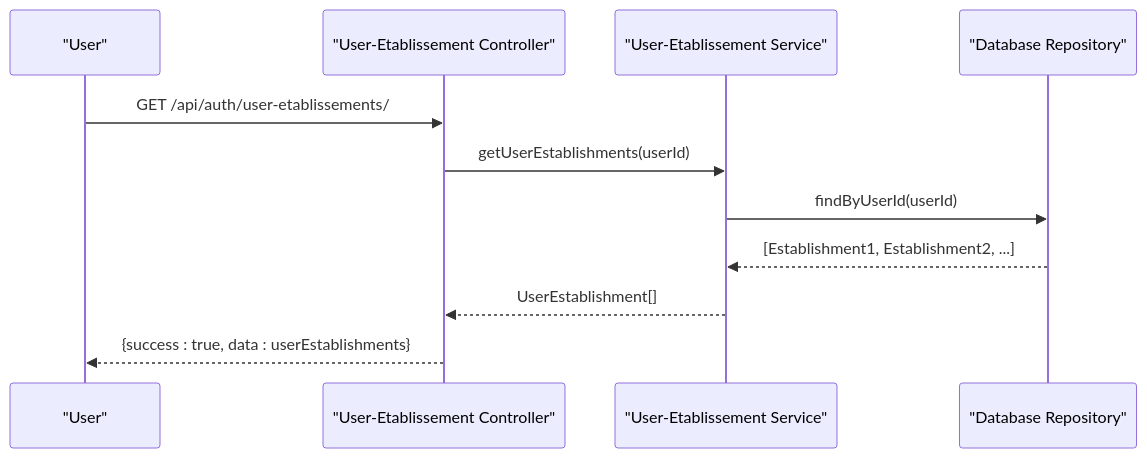
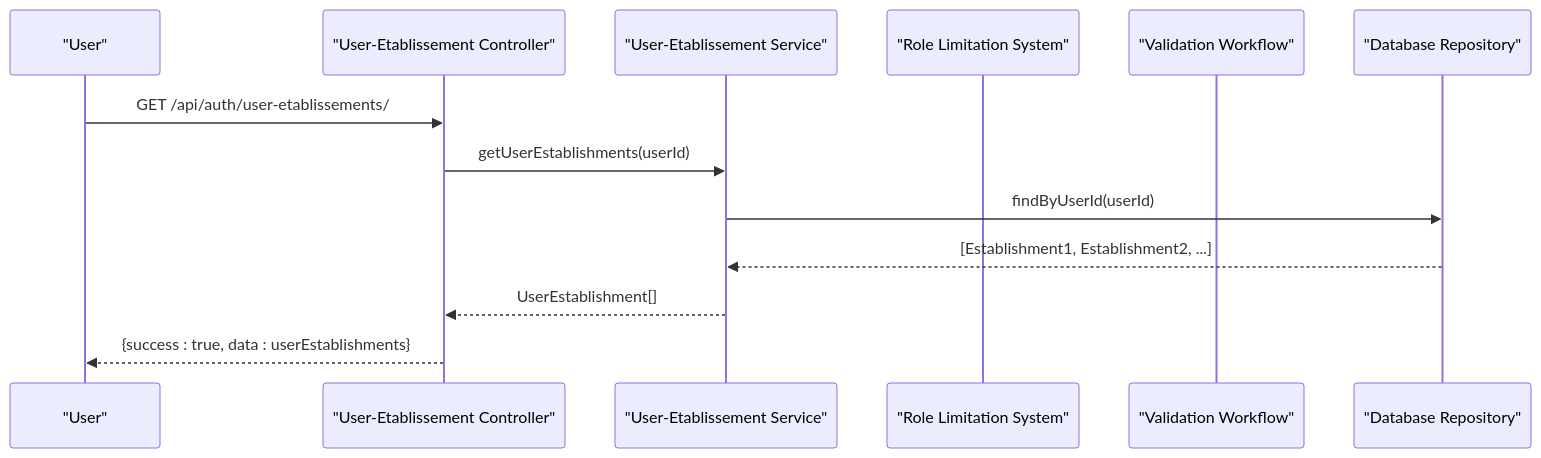
Before and after one commit to franckylab/eLISAschool: diagram 13 of 18 in .qoder/repowiki/en/content/Modules & Features/Administrative Modules/Establishment Management.md, drawn with Mermaid. The commit also changed other lines of this file and 67 other files, not shown here.

````diff
--- a/.qoder/repowiki/en/content/Modules & Features/Administrative Modules/Establishment Management.md
+++ b/.qoder/repowiki/en/content/Modules & Features/Administrative Modules/Establishment Management.md
@@ -447,13 +609,15 @@
 ```mermaid
 sequenceDiagram
 participant User as "User"
 participant Controller as "User-Etablissement Controller"
 participant Service as "User-Etablissement Service"
-participant Repository as "Database Repository"
+participant Limitation as "Role Limitation System"
+participant Validation as "Validation Workflow"
+participant Repo as "Database Repository"
 User->>Controller : GET /api/auth/user-etablissements/
 Controller->>Service : getUserEstablishments(userId)
-Service->>Repository : findByUserId(userId)
-Repository-->>Service : [Establishment1, Establishment2, ...]
+Service->>Repo : findByUserId(userId)
+Repo-->>Service : [Establishment1, Establishment2, ...]
 Service-->>Controller : UserEstablishment[]
 Controller-->>User : {success : true, data : userEstablishments}
 ```
````
